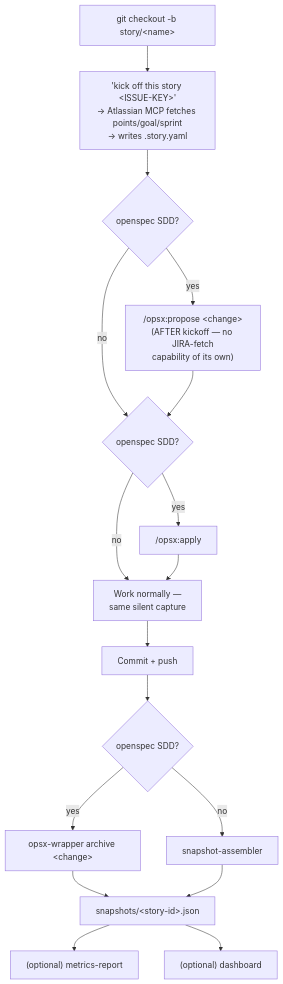
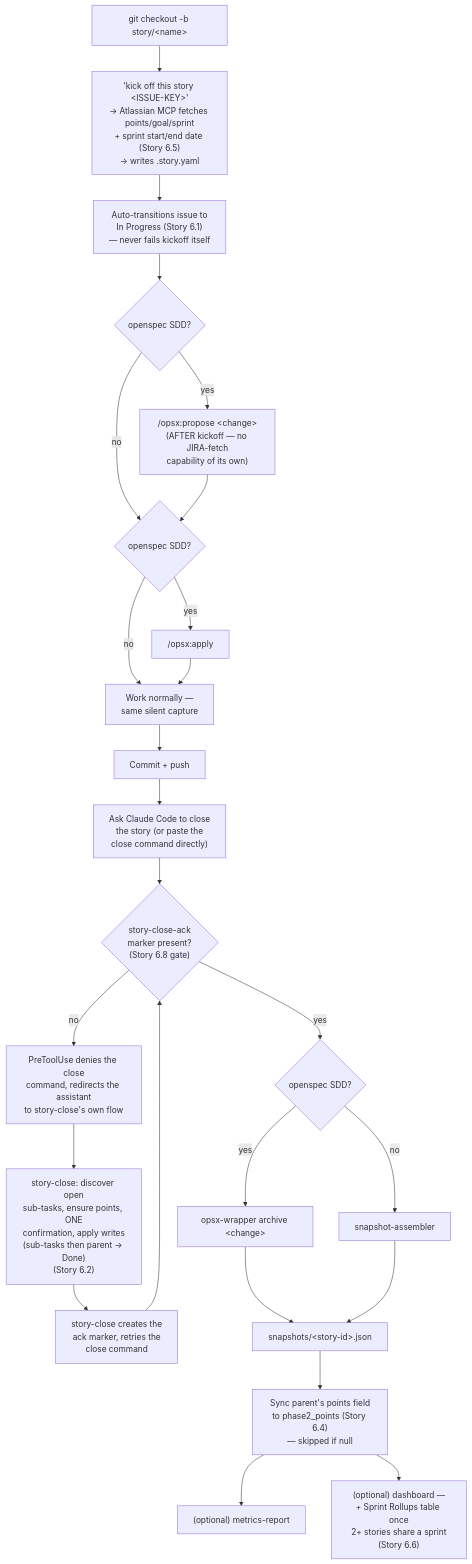
Before and after one commit to jayanthchincholi26/ai-project-metrics-bmad: the second of 3 diagrams in docs/flow-diagrams.md, drawn with Mermaid. The commit also changed other lines of this file and 4 other files, not shown here.

````diff
--- a/docs/flow-diagrams.md
+++ b/docs/flow-diagrams.md
@@ -30,19 +30,27 @@
 ```mermaid
 flowchart
-    A["git checkout -b story/&lt;name&gt;"] --> B["'kick off this story &lt;ISSUE-KEY&gt;'<br/>→ Atlassian MCP fetches points/goal/sprint<br/>→ writes .story.yaml"]
-    B --> C{"openspec SDD?"}
+    A["git checkout -b story/&lt;name&gt;"] --> B["'kick off this story &lt;ISSUE-KEY&gt;'<br/>→ Atlassian MCP fetches points/goal/sprint<br/>+ sprint start/end date (Story 6.5)<br/>→ writes .story.yaml"]
+    B --> B2["Auto-transitions issue to<br/>In Progress (Story 6.1)<br/>— never fails kickoff itself"]
+    B2 --> C{"openspec SDD?"}
     C -- yes --> D["/opsx:propose &lt;change&gt;<br/>(AFTER kickoff — no JIRA-fetch<br/>capability of its own)"]
     C -- no --> E
     D --> E{"openspec SDD?"}
     E -- yes --> F["/opsx:apply"]
     E -- no --> G
     F --> G["Work normally —<br/>same silent capture"]
     G --> H["Commit + push"]
-    H --> I{"openspec SDD?"}
-    I -- yes --> J["opsx-wrapper archive &lt;change&gt;"]
-    I -- no --> K["snapshot-assembler"]
+    H --> I["Ask Claude Code to close<br/>the story (or paste the<br/>close command directly)"]
+    I --> I2{"story-close-ack<br/>marker present?<br/>(Story 6.8 gate)"}
+    I2 -- no --> I3["PreToolUse denies the close<br/>command, redirects the assistant<br/>to story-close's own flow"]
+    I3 --> I4["story-close: discover open<br/>sub-tasks, ensure points, ONE<br/>confirmation, apply writes<br/>(sub-tasks then parent → Done)<br/>(Story 6.2)"]
+    I4 --> I5["story-close creates the<br/>ack marker, retries the<br/>close command"]
+    I5 --> I2
+    I2 -- yes --> J1{"openspec SDD?"}
+    J1 -- yes --> J["opsx-wrapper archive &lt;change&gt;"]
+    J1 -- no --> K["snapshot-assembler"]
     J --> L["snapshots/&lt;story-id&gt;.json"]
     K --> L
-    L --> M["(optional) metrics-report"]
-    L --> N["(optional) dashboard"]
+    L --> L2["Sync parent's points field<br/>to phase2_points (Story 6.4)<br/>— skipped if null"]
+    L2 --> M["(optional) metrics-report"]
+    L2 --> N["(optional) dashboard —<br/>+ Sprint Rollups table once<br/>2+ stories share a sprint<br/>(Story 6.6)"]
 ```
````
